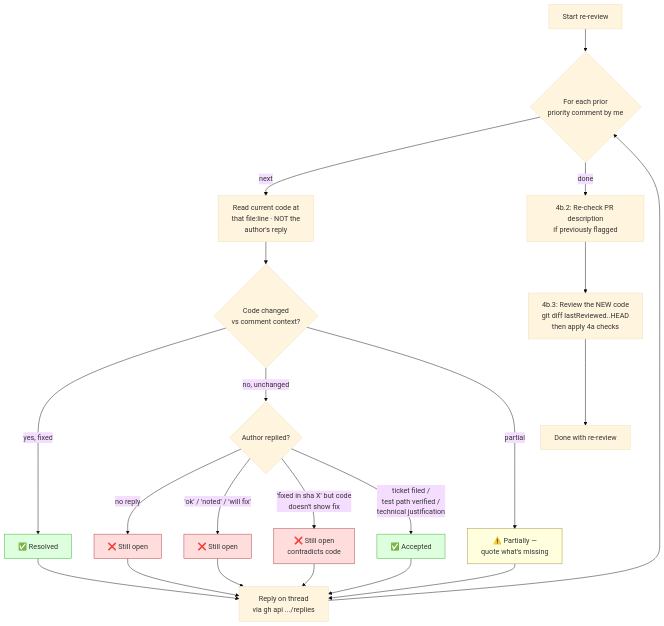
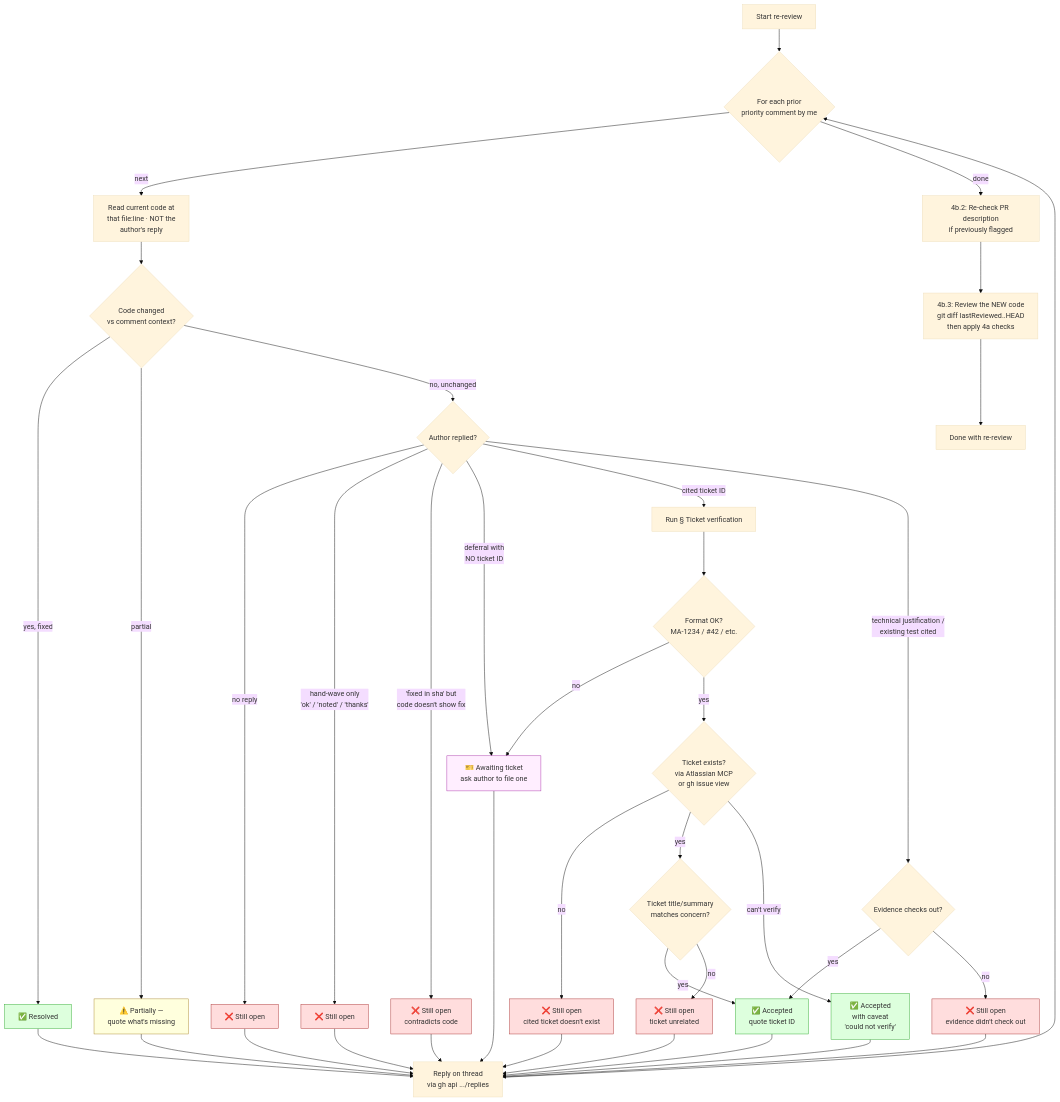
The sixth of 10 diagrams in HOW-IT-WORKS.md (pkesavangg/pr-review-skills), drawn with Mermaid (base theme) before and after one commit. The commit also changed other lines of this file and 1 other file, not shown here.

````diff
--- a/HOW-IT-WORKS.md
+++ b/HOW-IT-WORKS.md
@@ -207,34 +207,58 @@
 ```mermaid
 flowchart TD
     Start[Start re-review] --> Loop{For each prior<br/>priority comment by me}
     Loop -- next --> ReadCode[Read current code at<br/>that file:line · NOT the<br/>author's reply]
     ReadCode --> CompareCode{Code changed<br/>vs comment context?}
 
     CompareCode -- yes, fixed --> Resolved[✅ Resolved]
+    CompareCode -- partial --> Partial[⚠️ Partially —<br/>quote what's missing]
     CompareCode -- no, unchanged --> ReadReply{Author replied?}
-    CompareCode -- partial --> Partial[⚠️ Partially —<br/>quote what's missing]
 
     ReadReply -- no reply --> StillOpen1[❌ Still open]
-    ReadReply -- 'ok' / 'noted' / 'will fix' --> StillOpen2[❌ Still open]
-    ReadReply -- 'fixed in sha X' but code<br/>doesn't show fix --> StillOpen3[❌ Still open<br/>contradicts code]
-    ReadReply -- ticket filed /<br/>test path verified /<br/>technical justification --> Accepted[✅ Accepted]
+    ReadReply -- hand-wave only<br/>'ok' / 'noted' / 'thanks' --> StillOpen2[❌ Still open]
+    ReadReply -- 'fixed in sha' but<br/>code doesn't show fix --> StillOpen3[❌ Still open<br/>contradicts code]
+    ReadReply -- deferral with<br/>NO ticket ID --> Awaiting[🎫 Awaiting ticket<br/>ask author to file one]
+    ReadReply -- cited ticket ID --> Verify[Run § Ticket verification]
+    ReadReply -- technical justification /<br/>existing test cited --> VerifyEvidence{Evidence checks out?}
+
+    Verify --> Format{Format OK?<br/>MA-1234 / #42 / etc.}
+    Format -- no --> Awaiting
+    Format -- yes --> Exists{Ticket exists?<br/>via Atlassian MCP<br/>or gh issue view}
+    Exists -- no --> StillOpen4[❌ Still open<br/>cited ticket doesn't exist]
+    Exists -- yes --> Relevant{Ticket title/summary<br/>matches concern?}
+    Relevant -- yes --> Accepted[✅ Accepted<br/>quote ticket ID]
+    Relevant -- no --> StillOpen5[❌ Still open<br/>ticket unrelated]
+    Exists -- can't verify --> AcceptedCaveat[✅ Accepted<br/>with caveat<br/>'could not verify']
+
+    VerifyEvidence -- yes --> Accepted
+    VerifyEvidence -- no --> StillOpen6[❌ Still open<br/>evidence didn't check out]
 
     Resolved --> ReplyAPI[Reply on thread<br/>via gh api .../replies]
     Accepted --> ReplyAPI
+    AcceptedCaveat --> ReplyAPI
     Partial --> ReplyAPI
+    Awaiting --> ReplyAPI
     StillOpen1 --> ReplyAPI
     StillOpen2 --> ReplyAPI
     StillOpen3 --> ReplyAPI
+    StillOpen4 --> ReplyAPI
+    StillOpen5 --> ReplyAPI
+    StillOpen6 --> ReplyAPI
 
     ReplyAPI --> Loop
     Loop -- done --> S4b2[4b.2: Re-check PR description<br/>if previously flagged]
     S4b2 --> S4b3[4b.3: Review the NEW code<br/>git diff lastReviewed..HEAD<br/>then apply 4a checks]
     S4b3 --> Done[Done with re-review]
 
     style Resolved fill:#dfd,stroke:#3a3
     style Accepted fill:#dfd,stroke:#3a3
+    style AcceptedCaveat fill:#dfd,stroke:#3a3
     style Partial fill:#ffd,stroke:#a83
+    style Awaiting fill:#fef,stroke:#a3a
     style StillOpen1 fill:#fdd,stroke:#a33
     style StillOpen2 fill:#fdd,stroke:#a33
     style StillOpen3 fill:#fdd,stroke:#a33
+    style StillOpen4 fill:#fdd,stroke:#a33
+    style StillOpen5 fill:#fdd,stroke:#a33
+    style StillOpen6 fill:#fdd,stroke:#a33
 ```
````
